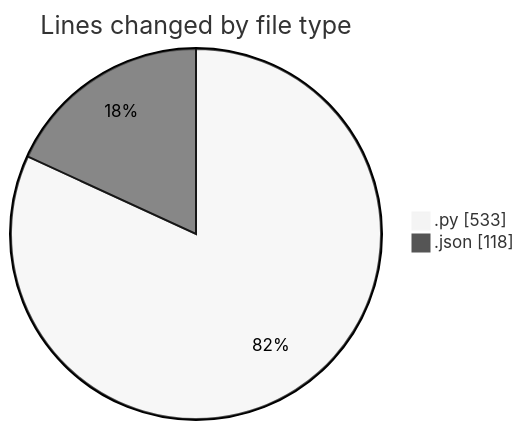
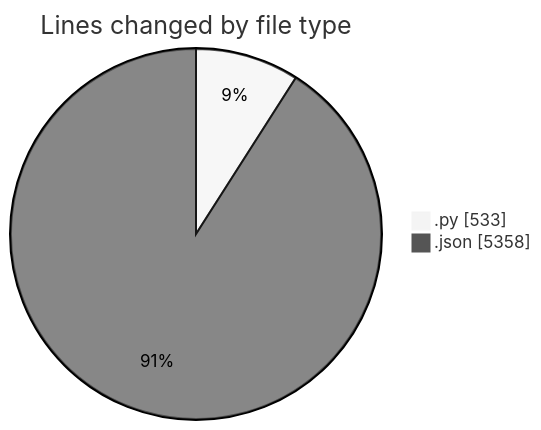
The first of 2 diagrams in 2025-08-27/_claude/README.md (EIIisD/code-tracking), drawn with Mermaid (neutral theme) before and after one commit. The commit also changed other lines of this file and 1 other file, not shown here.

````diff
--- a/2025-08-27/_claude/README.md
+++ b/2025-08-27/_claude/README.md
@@ -21,6 +22,6 @@
 ```mermaid
 pie showData
 title Lines changed by file type
 ".py" : 533
-".json" : 118
+".json" : 5358
 ```
````
